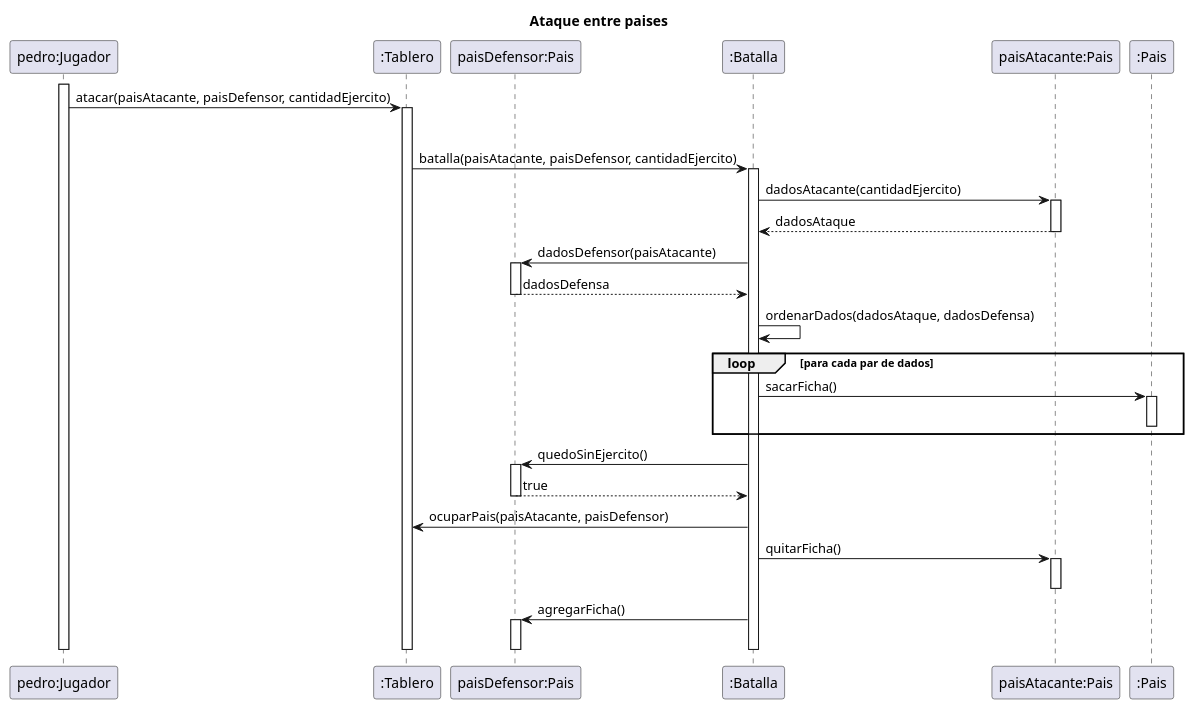
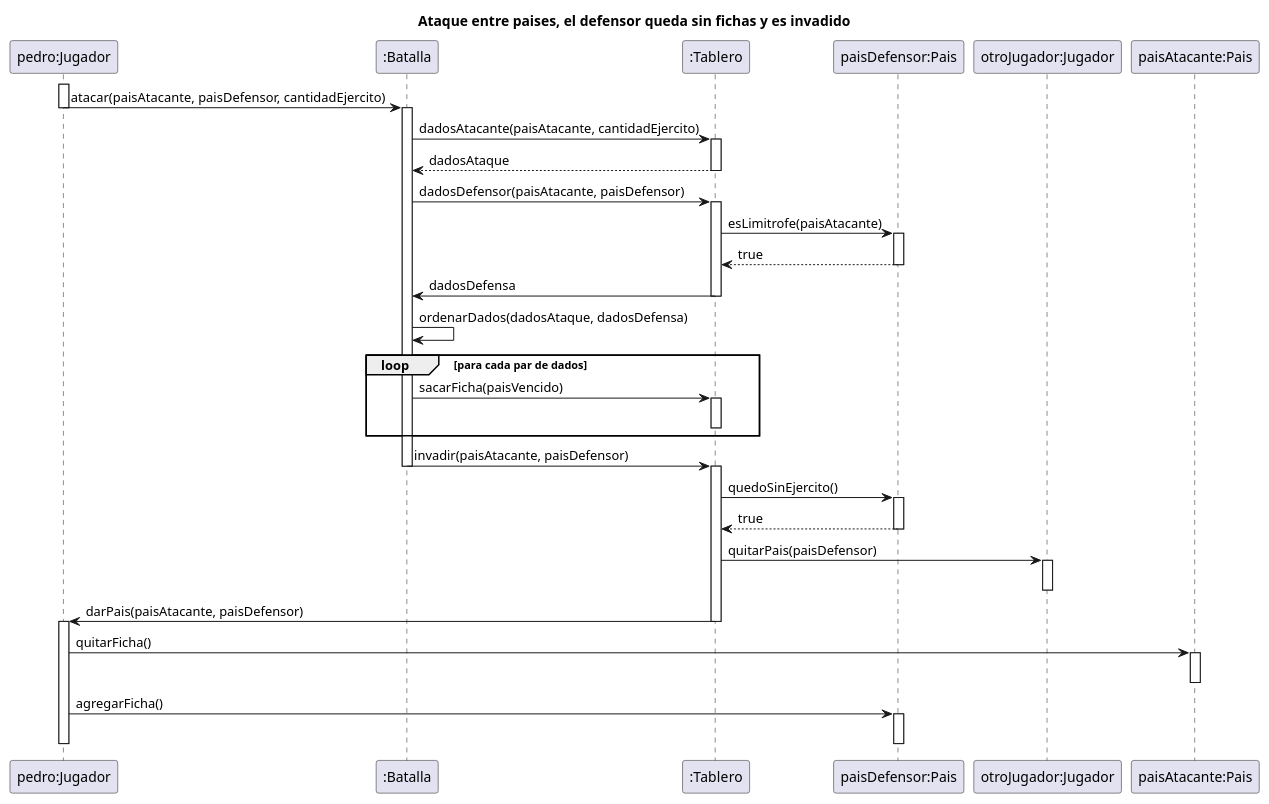
The diagram in diagramas/secuenciaAtaque.wsd (daniela41149/algo3_tp2), drawn with PlantUML before and after one commit. The commit also changed 5 other files, not shown here.

Commit message:
diagramas finales

```diff
--- a/diagramas/secuenciaAtaque.wsd
+++ b/diagramas/secuenciaAtaque.wsd
@@ -1,39 +1,52 @@
 @startuml
-title "Ataque entre paises"
+title "Ataque entre paises, el defensor queda sin fichas y es invadido"
 activate "pedro:Jugador"
-    "pedro:Jugador" ->":Tablero" : atacar(paisAtacante, paisDefensor, cantidadEjercito)
+    "pedro:Jugador" ->":Batalla" : atacar(paisAtacante, paisDefensor, cantidadEjercito)
+deactivate "pedro:Jugador"
+
+activate ":Batalla"
+    ":Batalla" -> ":Tablero" : dadosAtacante(paisAtacante, cantidadEjercito)
+    /' si la cantidad de ejercito no es suficiente, devuelve una lista de dados vacia'/
     activate ":Tablero"
+        ":Tablero" --> ":Batalla" : dadosAtaque
+    deactivate ":Tablero"
+    ":Batalla" -> ":Tablero" : dadosDefensor(paisAtacante, paisDefensor)
+    activate ":Tablero"
+        ":Tablero" -> "paisDefensor:Pais" :esLimitrofe(paisAtacante)
+        activate "paisDefensor:Pais"
+            "paisDefensor:Pais" --> ":Tablero" :true
         deactivate "paisDefensor:Pais"
-            ":Tablero" -> ":Batalla" : batalla(paisAtacante, paisDefensor, cantidadEjercito)
-        activate ":Batalla"
-            ":Batalla" -> "paisAtacante:Pais" : dadosAtacante(cantidadEjercito)
-            activate "paisAtacante:Pais"
-                "paisAtacante:Pais" --> ":Batalla" : dadosAtaque
-            deactivate "paisAtacante:Pais"
-            ":Batalla" -> "paisDefensor:Pais" : dadosDefensor(paisAtacante)
-            activate "paisDefensor:Pais"
-                "paisDefensor:Pais" --> ":Batalla" : dadosDefensa
-            deactivate "paisDefensor:Pais"
-            ":Batalla" -> ":Batalla" : ordenarDados(dadosAtaque, dadosDefensa)
-            loop para cada par de dados
-            ":Batalla" -> ":Pais" : sacarFicha()
-            activate ":Pais"
-            deactivate ":Pais"
-            end
-            ":Batalla" -> "paisDefensor:Pais" : quedoSinEjercito()
-            activate "paisDefensor:Pais"
-            ":Batalla" <-- "paisDefensor:Pais" : true
-            deactivate "paisDefensor:Pais"
-            ":Batalla" -> ":Tablero" : ocuparPais(paisAtacante, paisDefensor)
-            /' este metodo asigna el pais conquistado al jugador atacante'/
-            ":Batalla" -> "paisAtacante:Pais" : quitarFicha()
-            activate "paisAtacante:Pais"
-            deactivate "paisAtacante:Pais"
-            ":Batalla" -> "paisDefensor:Pais" : agregarFicha()
-            activate "paisDefensor:Pais"
-            deactivate "paisDefensor:Pais"
-        deactivate ":Batalla"
+        ":Tablero" -> ":Batalla" : dadosDefensa
+        /' si no es limitrofe devuelve una lista de dados vacia '/
     deactivate ":Tablero"
+    ":Batalla" -> ":Batalla" : ordenarDados(dadosAtaque, dadosDefensa)
+    loop para cada par de dados
+        ":Batalla" -> ":Tablero" : sacarFicha(paisVencido)
+        activate ":Tablero"
+        deactivate ":Tablero"
+    end
+    ":Batalla" -> ":Tablero" : invadir(paisAtacante, paisDefensor)
+    /' este metodo asigna el pais conquistado al jugador atacante'/
+deactivate ":Batalla"
+
+activate ":Tablero"
+    ":Tablero" -> "paisDefensor:Pais" : quedoSinEjercito()
+    activate "paisDefensor:Pais"
+        "paisDefensor:Pais" --> ":Tablero" : true
+    deactivate "paisDefensor:Pais"
+    ":Tablero" -> "otroJugador:Jugador" : quitarPais(paisDefensor)
+    activate "otroJugador:Jugador"
+    deactivate "otroJugador:Jugador"
+    ":Tablero" -> "pedro:Jugador" : darPais(paisAtacante, paisDefensor)
+deactivate ":Tablero"
+
+activate "pedro:Jugador"
+    "pedro:Jugador" -> "paisAtacante:Pais" :quitarFicha()
+    activate "paisAtacante:Pais"
+    deactivate "paisAtacante:Pais"
+    "pedro:Jugador" -> "paisDefensor:Pais" :agregarFicha()
+    activate "paisDefensor:Pais"
+    deactivate "paisDefensor:Pais"
 deactivate "pedro:Jugador"
 
 @enduml
```
